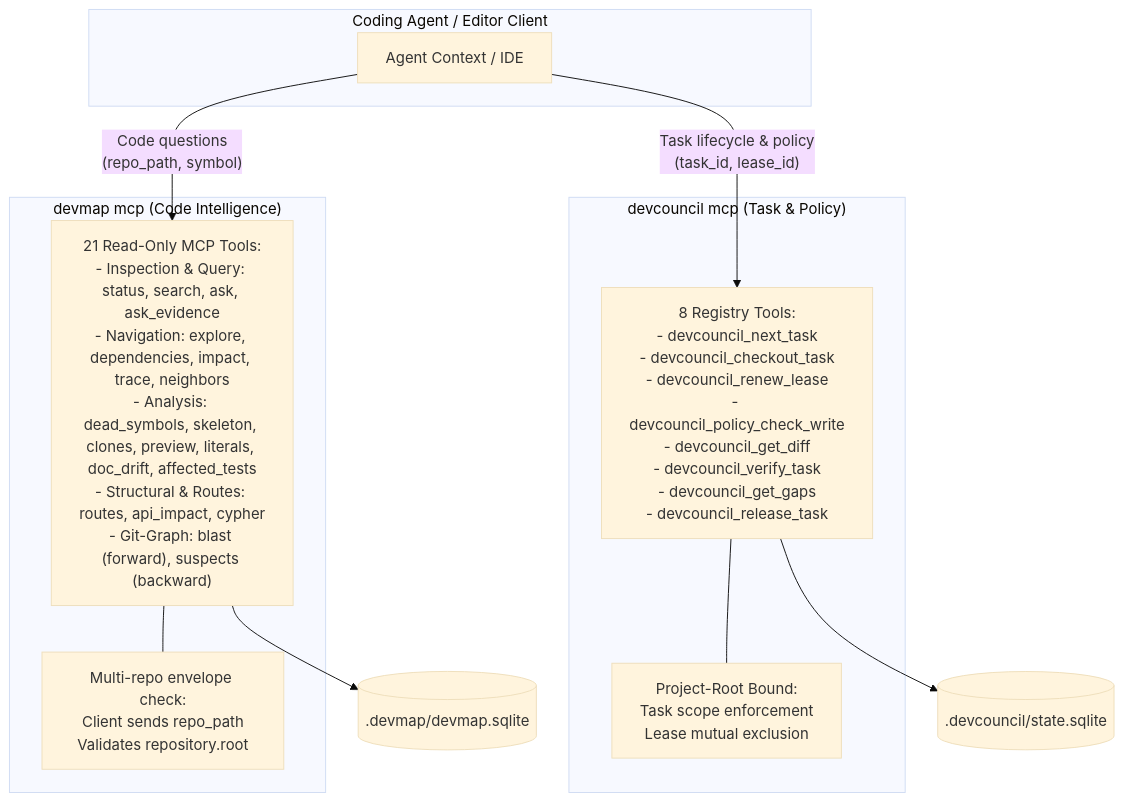
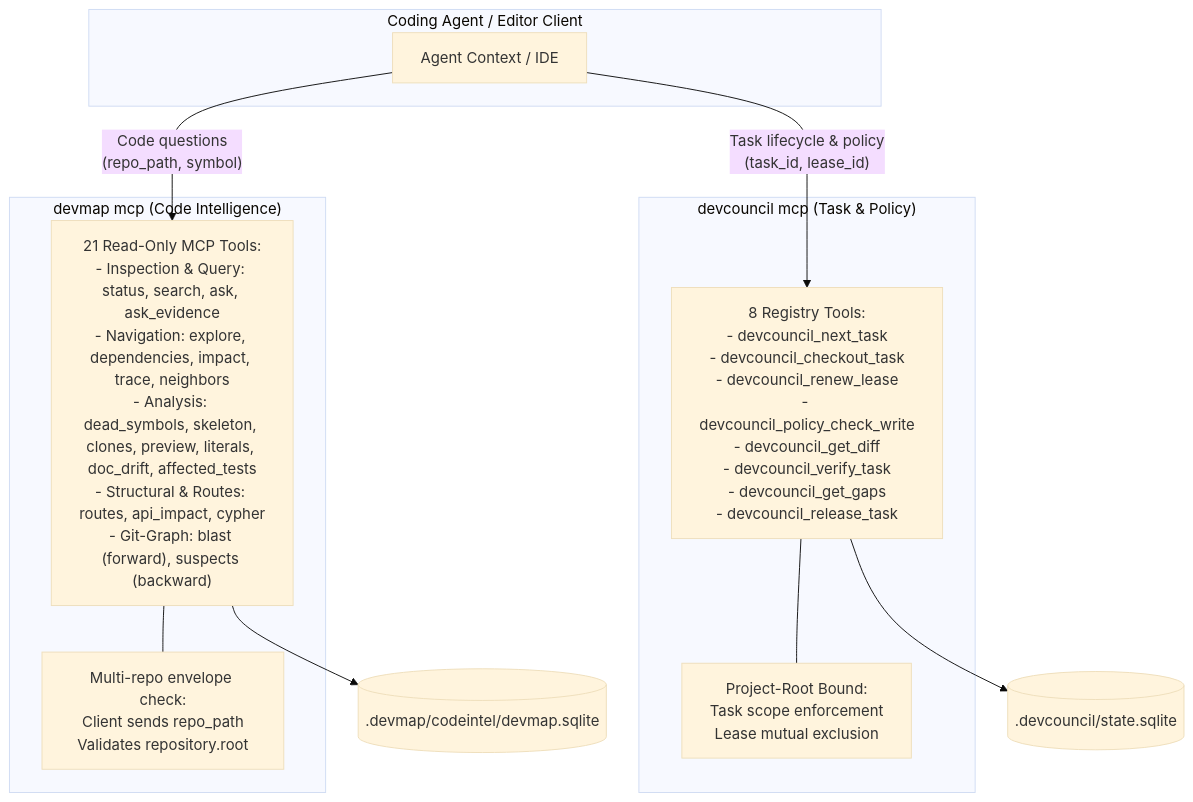
Before and after one commit to bharathvbcr/DevCouncil: the second of 4 diagrams in docs/architecture.md, drawn with Mermaid (base theme). The commit also changed other lines of this file and 138 other files, not shown here.

````diff
--- a/docs/architecture.md
+++ b/docs/architecture.md
@@ -101,24 +101,24 @@
 ```mermaid
 flowchart TD
     subgraph ClientLayer["Coding Agent / Editor Client"]
         Agent["Agent Context / IDE"]
     end
 
     subgraph DevMapMCP["devmap mcp (Code Intelligence)"]
         DM_Tools["21 Read-Only MCP Tools:<br/>- Inspection & Query: status, search, ask, ask_evidence<br/>- Navigation: explore, dependencies, impact, trace, neighbors<br/>- Analysis: dead_symbols, skeleton, clones, preview, literals, doc_drift, affected_tests<br/>- Structural & Routes: routes, api_impact, cypher<br/>- Git-Graph: blast (forward), suspects (backward)"]
         DM_Envelope["Multi-repo envelope check:<br/>Client sends repo_path<br/>Validates repository.root"]
     end
 
     subgraph DevCouncilMCP["devcouncil mcp (Task & Policy)"]
         DC_Tools["8 Registry Tools:<br/>- devcouncil_next_task<br/>- devcouncil_checkout_task<br/>- devcouncil_renew_lease<br/>- devcouncil_policy_check_write<br/>- devcouncil_get_diff<br/>- devcouncil_verify_task<br/>- devcouncil_get_gaps<br/>- devcouncil_release_task"]
         DC_Scope["Project-Root Bound:<br/>Task scope enforcement<br/>Lease mutual exclusion"]
     end
 
     Agent -->|"Code questions<br/>(repo_path, symbol)"| DM_Tools
     DM_Tools --- DM_Envelope
-    DM_Tools --> GraphDB[(".devmap/devmap.sqlite")]
+    DM_Tools --> GraphDB[(".devmap/codeintel/devmap.sqlite")]
 
     Agent -->|"Task lifecycle & policy<br/>(task_id, lease_id)"| DC_Tools
     DC_Tools --- DC_Scope
     DC_Tools --> TaskDB[(".devcouncil/state.sqlite")]
 ```
````
